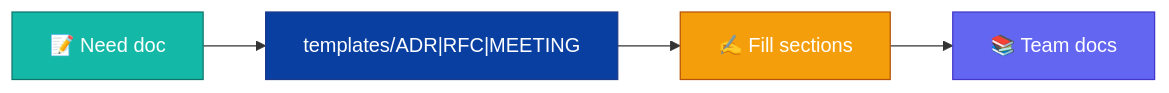
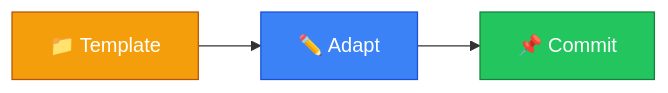
One commit to manansbdb/markdown-templates changed the diagram in README.md. Above: the diagram before and after it, drawn with Mermaid. The commit also changed other lines of this file and 1 other file, not shown here.

Commit message:
docs: polish README (banner, badges, mermaid, EN+PT)

````diff
--- a/README.md
+++ b/README.md
@@ -28,10 +27,8 @@
 ```mermaid
 flowchart LR
-  A["📝 Need doc"] --> B["templates/ADR|RFC|MEETING"]
-  B --> C["✍️ Fill sections"]
-  C --> D["📚 Team docs"]
-  style A fill:#14b8a6,stroke:#0f766e,color:#fff
-  style B fill:#083fa1,stroke:#1e3a8a,color:#fff
-  style C fill:#f59e0b,stroke:#b45309,color:#fff
-  style D fill:#6366f1,stroke:#4338ca,color:#fff
+  A["📁 Template"] --> B["✏️ Adapt"]
+  B --> C["📌 Commit"]
+  style A fill:#f59e0b,stroke:#b45309,color:#fff
+  style B fill:#3b82f6,stroke:#1d4ed8,color:#fff
+  style C fill:#22c55e,stroke:#15803d,color:#fff
 ```
````
